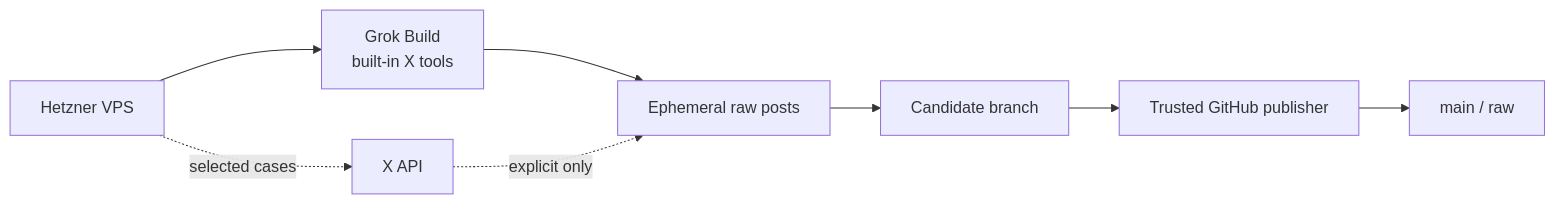
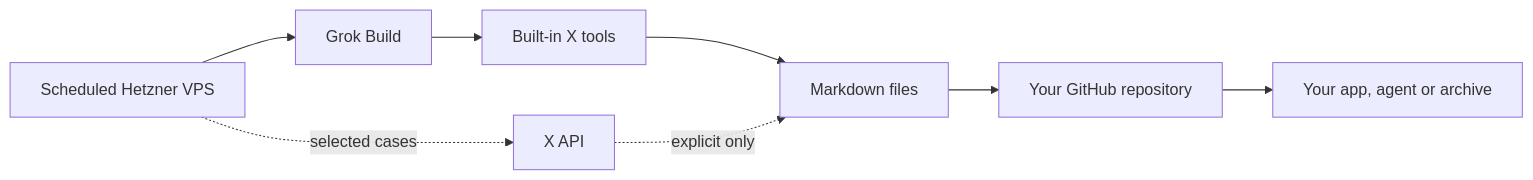
The diagram in README.md (sergedoub/x-api-free-with-grok-build), drawn with Mermaid before and after one commit. The commit also changed other lines of this file, not shown here.

````diff
--- a/README.md
+++ b/README.md
@@ -20,10 +20,10 @@
 ```mermaid
 flowchart LR
-    VPS[Hetzner VPS] --> GROK[Grok Build<br>built-in X tools]
+    VPS[Scheduled Hetzner VPS] --> GROK[Grok Build]
+    GROK --> XTOOLS[Built-in X tools]
     VPS -. selected cases .-> API[X API]
-    GROK --> RAW[Ephemeral raw posts]
-    API -. explicit only .-> RAW
-    RAW --> CANDIDATE[Candidate branch]
-    CANDIDATE --> PUBLISHER[Trusted GitHub publisher]
-    PUBLISHER --> MAIN[main / raw]
+    XTOOLS --> FILES[Markdown files]
+    API -. explicit only .-> FILES
+    FILES --> REPO[Your GitHub repository]
+    REPO --> USE[Your app, agent or archive]
 ```
````
